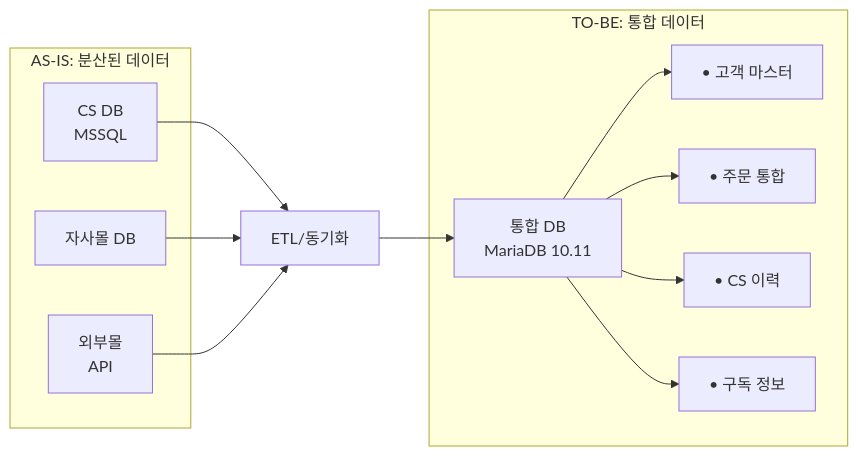
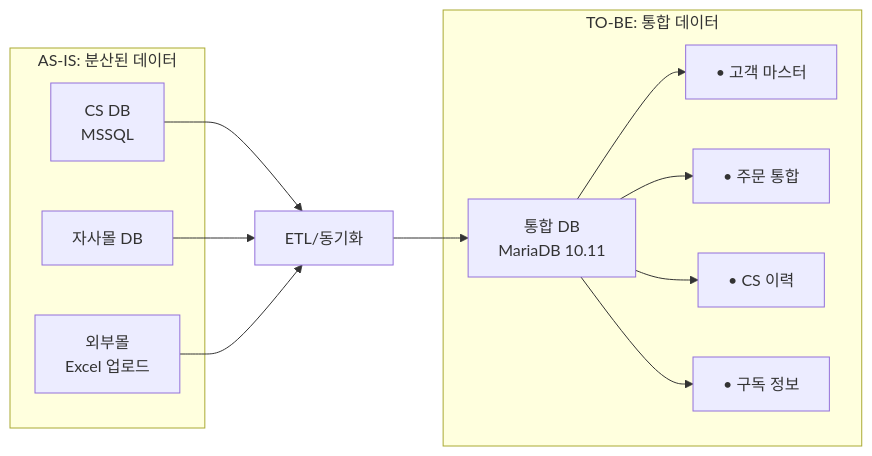
Before and after one commit to sknkwoxs/manual-book: the first of 5 diagrams in src/content/docs/goodthinking-isp/04-design/data-integration.md, drawn with Mermaid. The commit also changed other lines of this file and 17 other files, not shown here.

First line of the commit message:
docs(goodthinking-isp): Phase 3.5-5 — Mermaid 수정, 외부 API→Excel 템플릿 전환, 개인정보 보호 모듈 강화

````diff
--- a/src/content/docs/goodthinking-isp/04-design/data-integration.md
+++ b/src/content/docs/goodthinking-isp/04-design/data-integration.md
@@ -28,27 +28,27 @@
 ```mermaid
 graph LR
     subgraph ASIS["AS-IS: 분산된 데이터"]
         A1["CS DB<br/>MSSQL"]
         A2["자사몰 DB"]
-        A3["외부몰<br/>API"]
+        A3["외부몰<br/>Excel 업로드"]
     end
     
     ETL["ETL/동기화"]
     
     subgraph TOBE["TO-BE: 통합 데이터"]
         B1["통합 DB<br/>MariaDB 10.11"]
         B2["• 고객 마스터"]
         B3["• 주문 통합"]
         B4["• CS 이력"]
         B5["• 구독 정보"]
     end
     
     A1 --> ETL
     A2 --> ETL
     A3 --> ETL
     ETL --> B1
     B1 --> B2
     B1 --> B3
     B1 --> B4
     B1 --> B5
 ```
````
